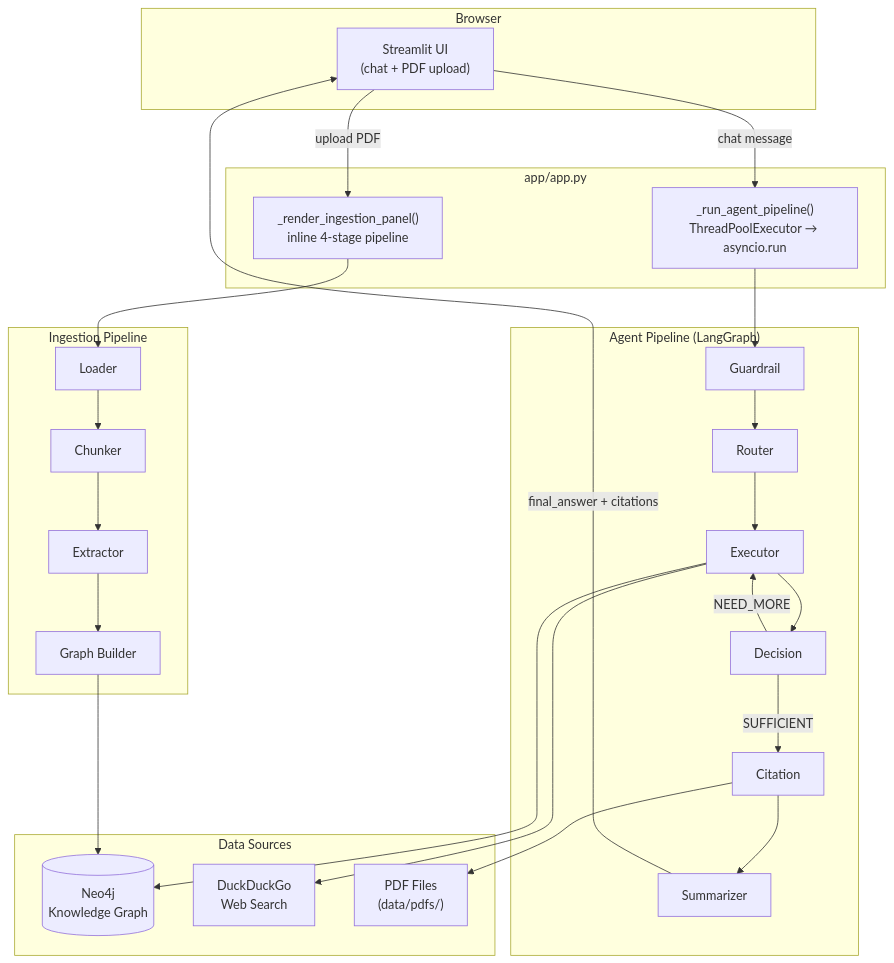
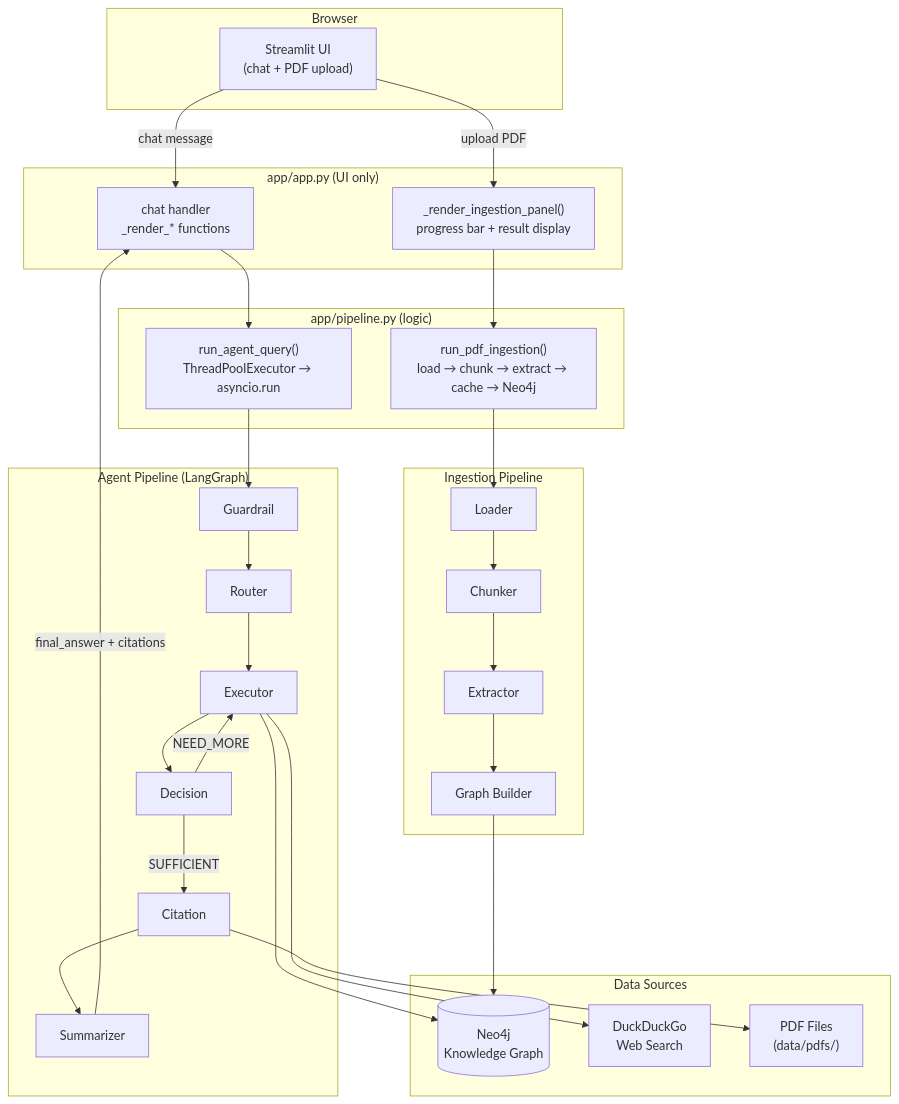
The diagram in docs/app.md (KrzysztofKroczynski/MedAi), drawn with Mermaid before and after one commit. The commit also changed other lines of this file and 3 other files, not shown here.

Commit message:
refactor(app): move pipeline logic out of app.py into pipeline.py

````diff
--- a/docs/app.md
+++ b/docs/app.md
@@ -11,40 +18,46 @@
 ```mermaid
 flowchart TB
     subgraph Browser
         ST["Streamlit UI<br/>(chat + PDF upload)"]
     end
 
-    subgraph "app/app.py"
-        RP["_run_agent_pipeline()<br/>ThreadPoolExecutor → asyncio.run"]
-        IP["_render_ingestion_panel()<br/>inline 4-stage pipeline"]
+    subgraph "app/app.py (UI only)"
+        CH["chat handler<br/>_render_* functions"]
+        IP["_render_ingestion_panel()<br/>progress bar + result display"]
+    end
+
+    subgraph "app/pipeline.py (logic)"
+        RAQ["run_agent_query()<br/>ThreadPoolExecutor → asyncio.run"]
+        RPI["run_pdf_ingestion()<br/>load → chunk → extract → cache → Neo4j"]
     end
 
     subgraph "Agent Pipeline (LangGraph)"
         GR[Guardrail] --> RO[Router] --> EX[Executor]
         EX --> DE[Decision]
         DE -->|NEED_MORE| EX
         DE -->|SUFFICIENT| CI[Citation]
         CI --> SU[Summarizer]
     end
 
     subgraph "Data Sources"
         NEO[(Neo4j<br/>Knowledge Graph)]
         DDG[DuckDuckGo<br/>Web Search]
         PDFS["PDF Files<br/>(data/pdfs/)"]
     end
 
     subgraph "Ingestion Pipeline"
-        LO[Loader] --> CH[Chunker] --> XT[Extractor] --> GB[Graph Builder]
+        LO[Loader] --> CK[Chunker] --> XT[Extractor] --> GB[Graph Builder]
     end
 
-    ST -->|chat message| RP
+    ST -->|chat message| CH
+    CH --> RAQ
     ST -->|upload PDF| IP
-    RP --> GR
-    SU -->|final_answer + citations| ST
-
+    IP --> RPI
+    RAQ --> GR
+    SU -->|final_answer + citations| CH
     EX --> NEO
     EX --> DDG
     CI --> PDFS
-    IP --> LO
+    RPI --> LO
     GB --> NEO
 ```
````
